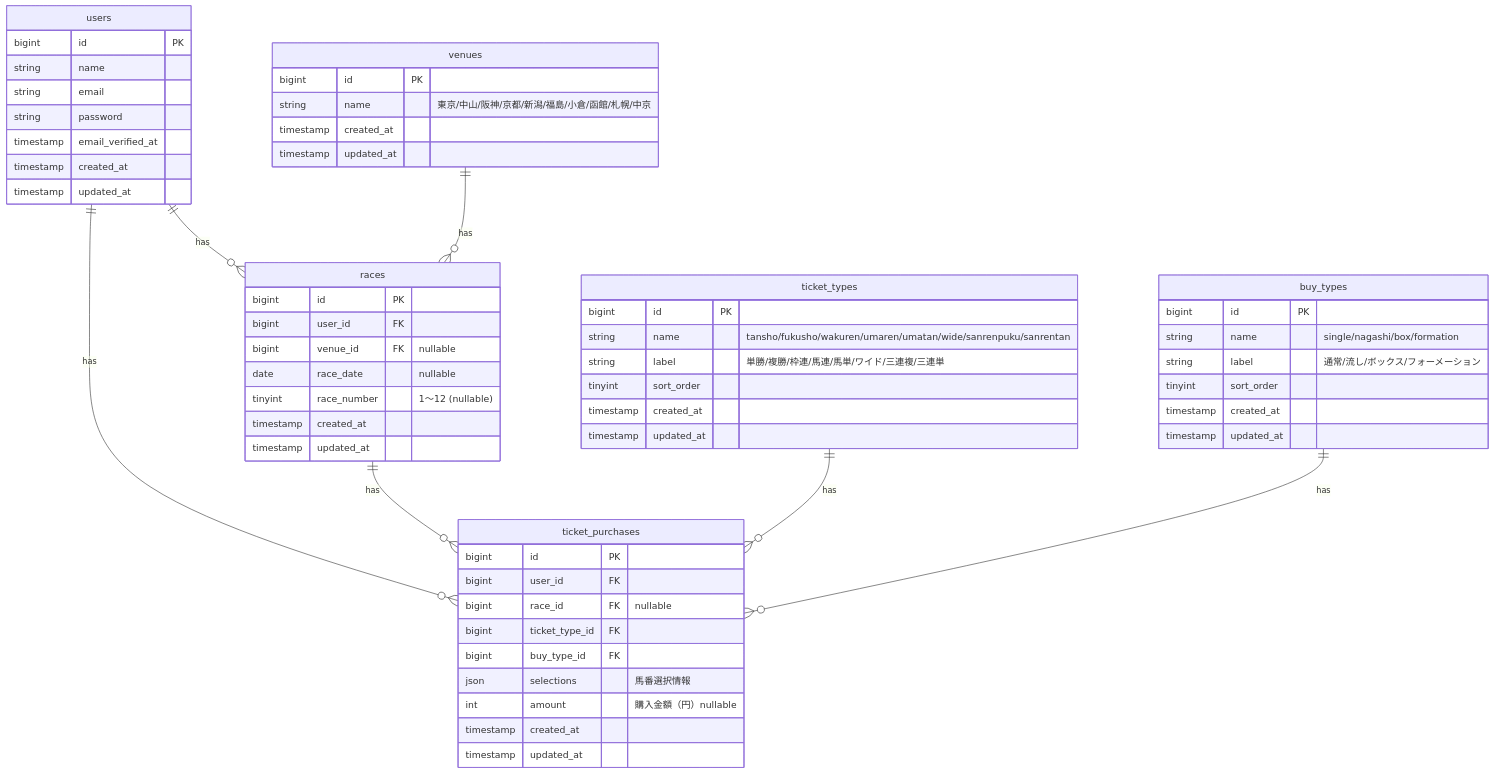
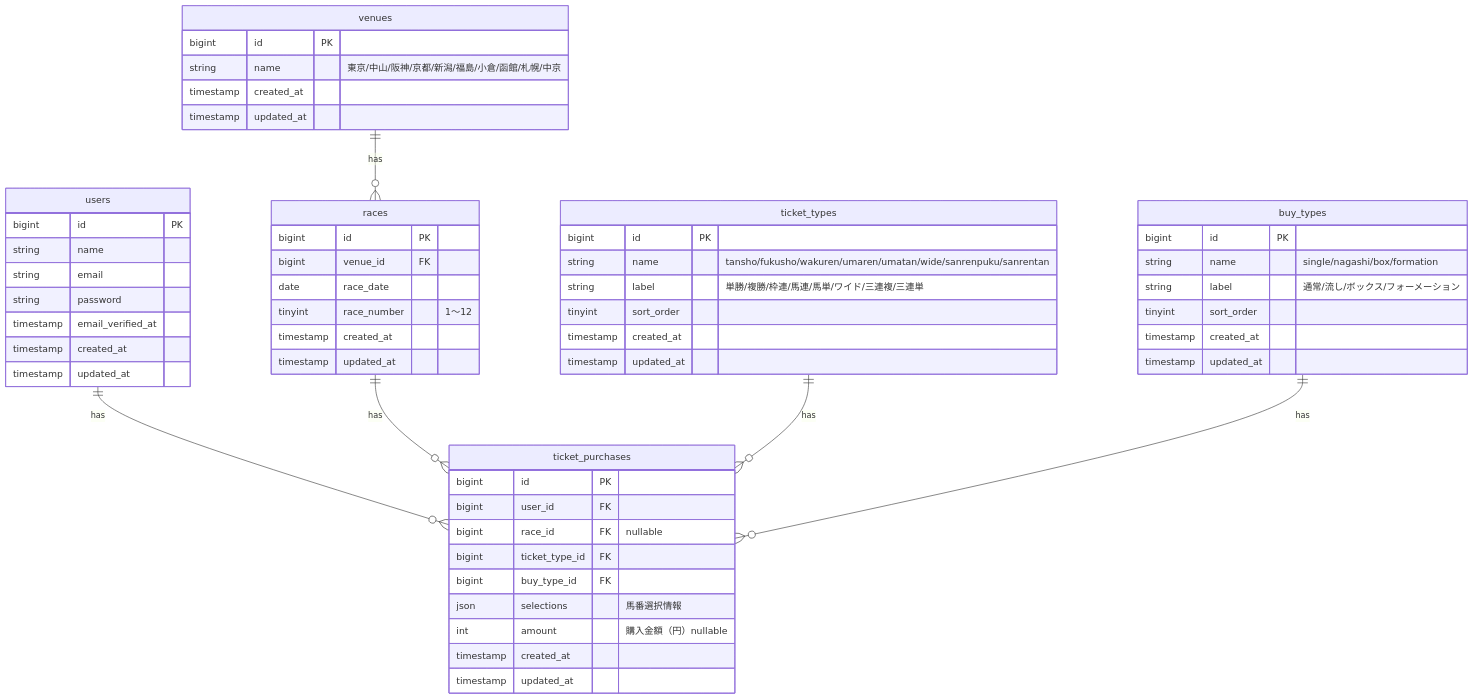
One commit to nakajima97/keiba-db-gen2 changed the diagram in docs/specs/er-diagram.md. Above: the diagram before and after it, drawn with Mermaid. The commit also changed 2 other files, not shown here.

Commit message:
#1 racesテーブルからuser_idを削除しグローバルイベントとして管理

````diff
--- a/docs/specs/er-diagram.md
+++ b/docs/specs/er-diagram.md
@@ -3,66 +3,64 @@
 ```mermaid
 erDiagram
     users {
         bigint id PK
         string name
         string email
         string password
         timestamp email_verified_at
         timestamp created_at
         timestamp updated_at
     }
 
     venues {
         bigint id PK
         string name "東京/中山/阪神/京都/新潟/福島/小倉/函館/札幌/中京"
         timestamp created_at
         timestamp updated_at
     }
 
     races {
         bigint id PK
-        bigint user_id FK
-        bigint venue_id FK "nullable"
-        date race_date "nullable"
-        tinyint race_number "1〜12 (nullable)"
+        bigint venue_id FK
+        date race_date
+        tinyint race_number "1〜12"
         timestamp created_at
         timestamp updated_at
     }
 
     ticket_types {
         bigint id PK
         string name "tansho/fukusho/wakuren/umaren/umatan/wide/sanrenpuku/sanrentan"
         string label "単勝/複勝/枠連/馬連/馬単/ワイド/三連複/三連単"
         tinyint sort_order
         timestamp created_at
         timestamp updated_at
     }
 
     buy_types {
         bigint id PK
         string name "single/nagashi/box/formation"
         string label "通常/流し/ボックス/フォーメーション"
         tinyint sort_order
         timestamp created_at
         timestamp updated_at
     }
 
     ticket_purchases {
         bigint id PK
         bigint user_id FK
         bigint race_id FK "nullable"
         bigint ticket_type_id FK
         bigint buy_type_id FK
         json selections "馬番選択情報"
         int amount "購入金額（円）nullable"
         timestamp created_at
         timestamp updated_at
     }
 
-    users ||--o{ races : "has"
     users ||--o{ ticket_purchases : "has"
     venues ||--o{ races : "has"
     races ||--o{ ticket_purchases : "has"
     ticket_types ||--o{ ticket_purchases : "has"
     buy_types ||--o{ ticket_purchases : "has"
 ```
````
